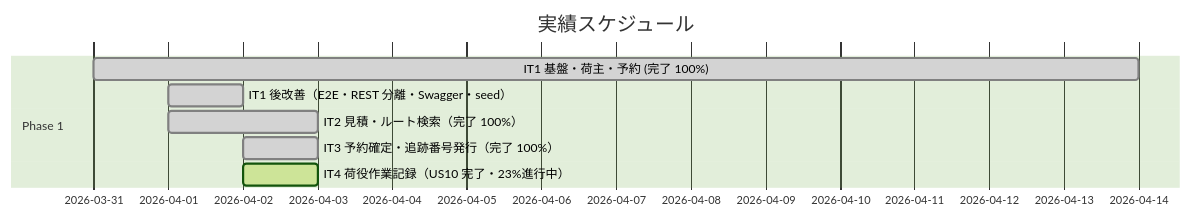
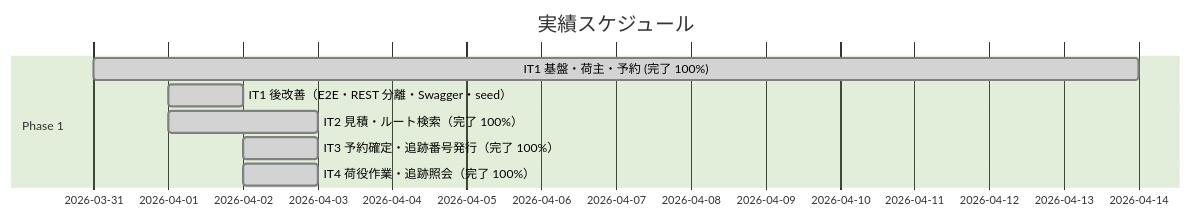
The second of 3 diagrams in docs/development/release_plan.md (k2works/case-study-cargo-tracker), drawn with Mermaid (forest theme) before and after one commit. The commit also changed other lines of this file and 1 other file, not shown here.

````diff
--- a/docs/development/release_plan.md
+++ b/docs/development/release_plan.md
@@ -162,12 +162,12 @@
 ```mermaid
 gantt
     title 実績スケジュール
     dateFormat  YYYY-MM-DD
     section Phase 1
     IT1 基盤・荷主・予約 (完了 100%)   :done, it1a, 2026-03-31, 14d
     IT1 後改善（E2E・REST 分離・Swagger・seed） :done, it1b, 2026-04-01, 1d
     IT2 見積・ルート検索（完了 100%）            :done, it2a, 2026-04-01, 2d
     IT3 予約確定・追跡番号発行（完了 100%）      :done, it3a, 2026-04-02, 1d
-    IT4 荷役作業記録（US10 完了・23%進行中）      :active, it4a, 2026-04-02, 1d
+    IT4 荷役作業・追跡照会（完了 100%）              :done, it4a, 2026-04-02, 1d
     section Phase 2
 ```
````
